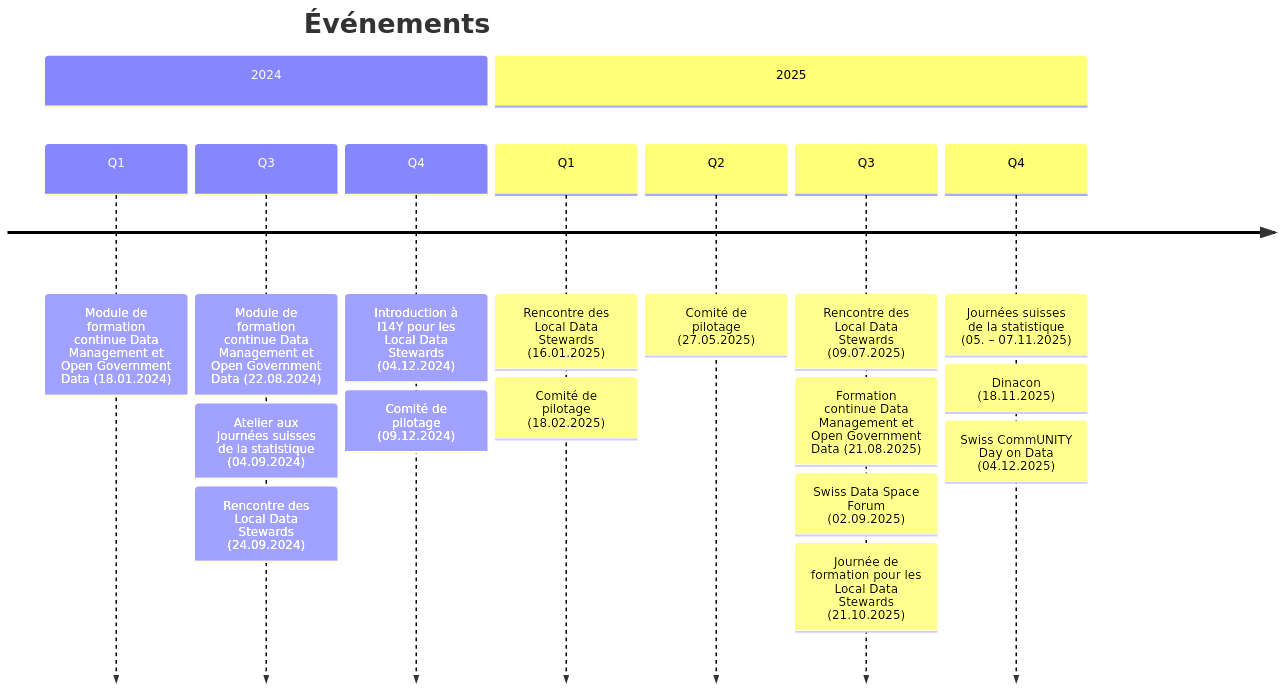
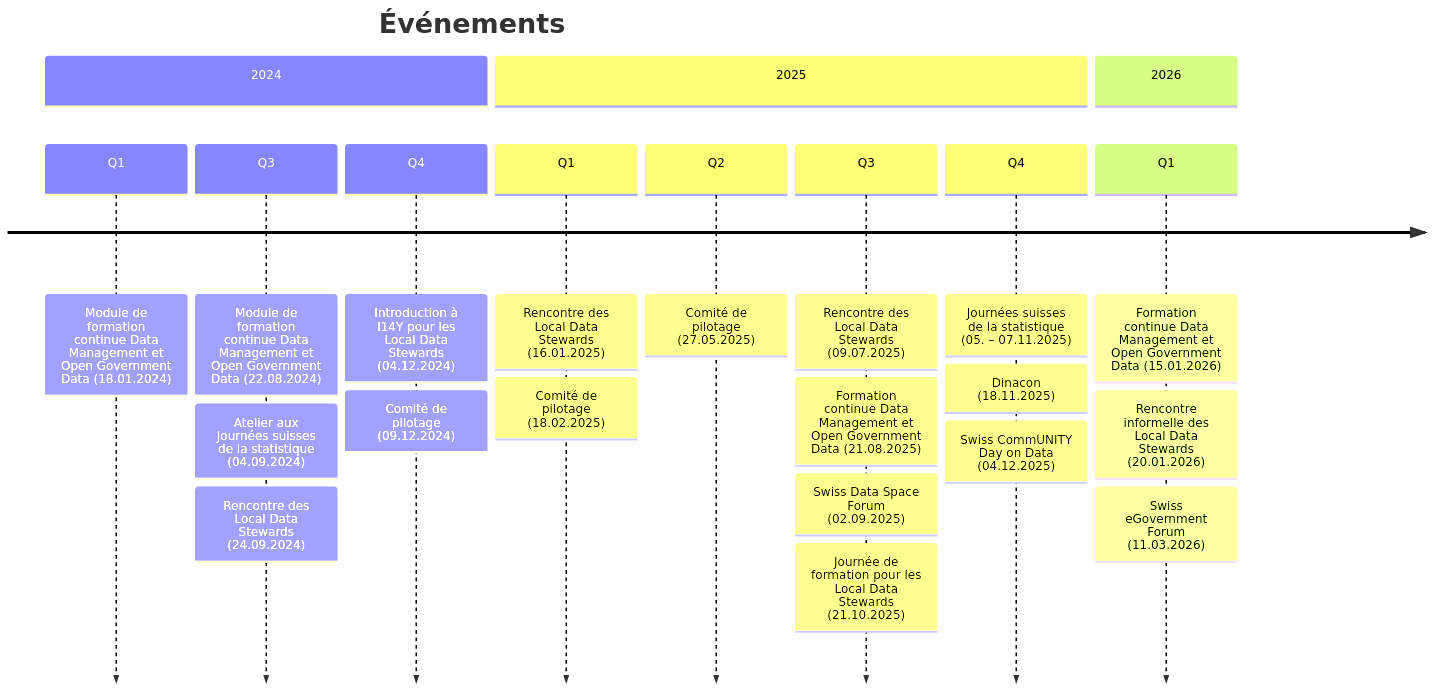
The diagram in content/fr/evenements/_index.md (I14Y-ch/handbook), drawn with Mermaid before and after one commit. The commit also changed other lines of this file and 7 other files, not shown here.

```diff
--- a/content/fr/evenements/_index.md
+++ b/content/fr/evenements/_index.md
@@ -11,24 +11,29 @@
 {{< mermaid width="650px" >}}
 timeline
     title Événements
 
     section 2024
       Q1 : Module de formation continue Data Management et Open Government Data (18.01.2024)
       Q3 : Module de formation continue Data Management et Open Government Data (22.08.2024)
          : Atelier aux Journées suisses de la statistique (04.09.2024)
          : Rencontre des Local Data Stewards (24.09.2024)
       Q4 : Introduction à I14Y pour les Local Data Stewards (04.12.2024)
          : Comité de pilotage (09.12.2024)
 
     section 2025
       Q1 : Rencontre des Local Data Stewards (16.01.2025)
          : Comité de pilotage (18.02.2025)
       Q2 : Comité de pilotage (27.05.2025)
       Q3 : Rencontre des Local Data Stewards (09.07.2025)
          : Formation continue Data Management et Open Government Data (21.08.2025)
          : Swiss Data Space Forum (02.09.2025)
          : Journée de formation pour les Local Data Stewards (21.10.2025)
       Q4 : Journées suisses de la statistique (05. – 07.11.2025)
          : Dinacon (18.11.2025)
          : Swiss CommUNITY Day on Data (04.12.2025)
-{{< /mermaid >}}
+         
+    section 2026
+      Q1 : Formation continue Data Management et Open Government Data (15.01.2026)
+         : Rencontre informelle des Local Data Stewards (20.01.2026)
+         : Swiss eGovernment Forum (11.03.2026)
+      {{< /mermaid >}}
```
